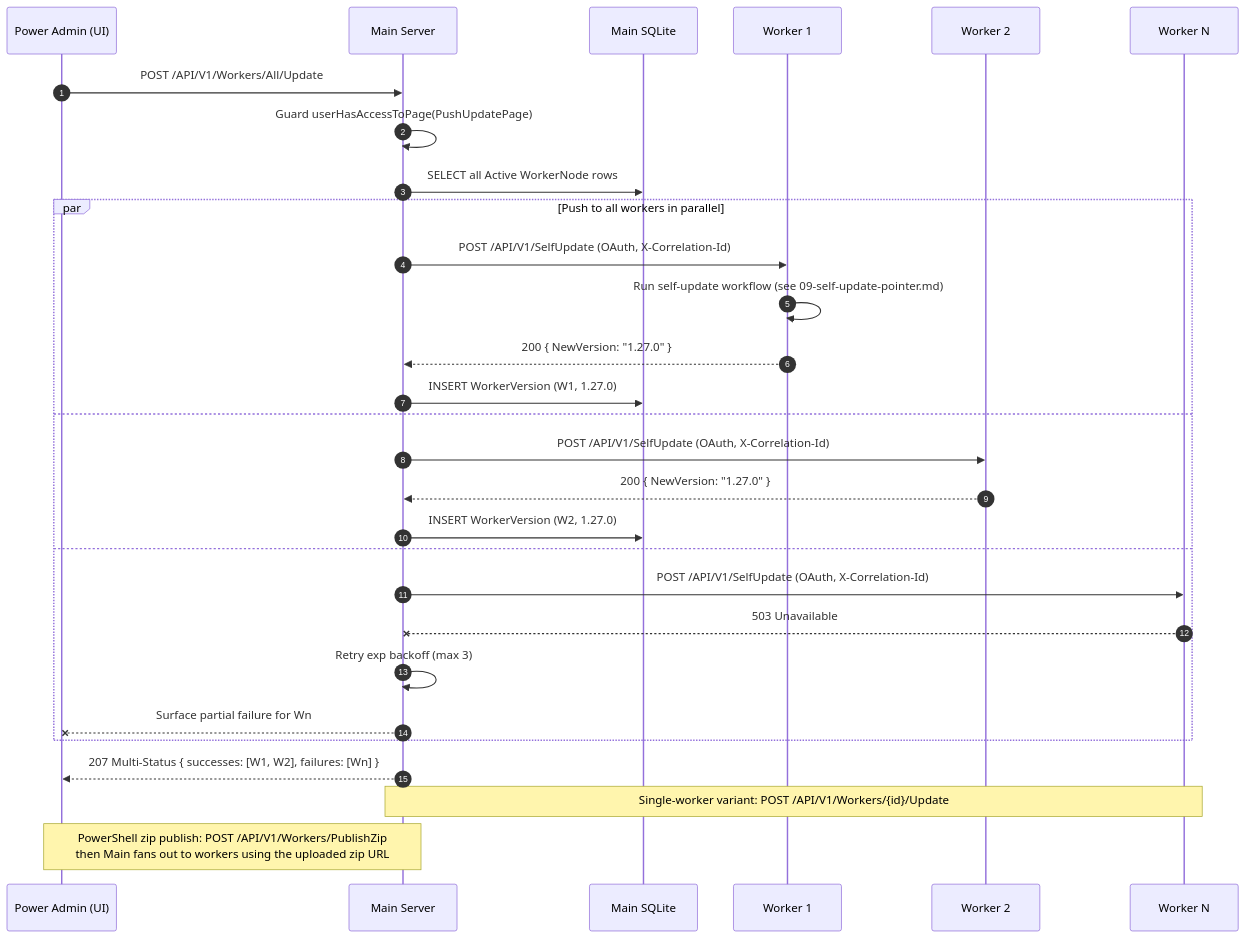
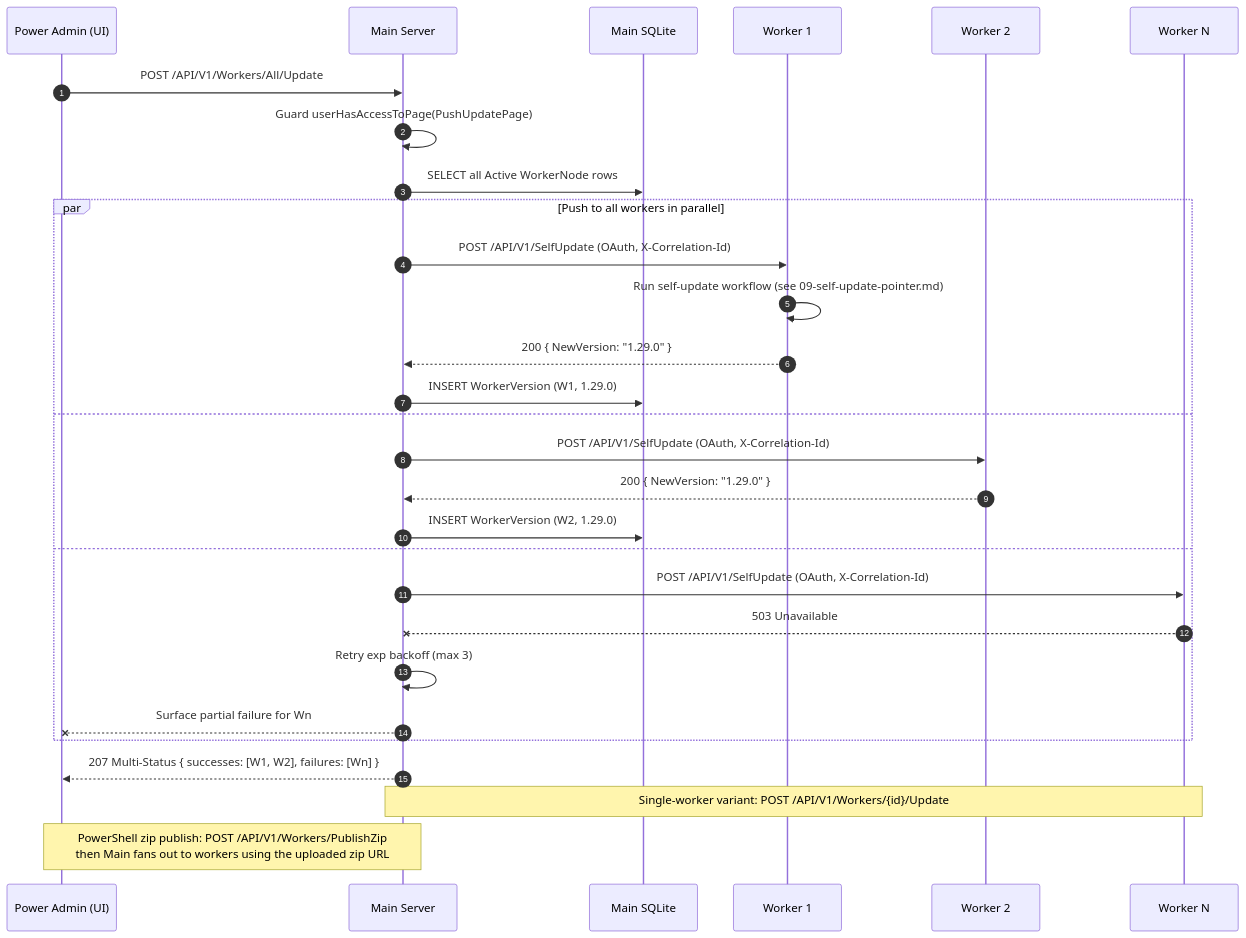
One commit to alimtvnetwork/prompt-architect-v2 changed the diagram in spec/19-main-worker-service/diagrams/seq-push-update.mmd. Above: the diagram before and after it, drawn with Mermaid. The commit also changed 13 other files, not shown here.

```diff
--- a/spec/19-main-worker-service/diagrams/seq-push-update.mmd
+++ b/spec/19-main-worker-service/diagrams/seq-push-update.mmd
@@ -1,43 +1,43 @@
 %% ==========================================================
 %% NON-AUTHORITATIVE PROJECTION
 %% ==========================================================
 %% Subject:        Power-Admin push-update fan-out
 %% Authoritative:  spec/14-update/28-worker-push-instruction.md + spec/19/15-tunable-constants.md
 %% Status:         Illustrative only. If this diagram disagrees
 %%                 with the authoritative spec(s) above, the
 %%                 spec wins and this file is the bug.
 %% Banner version: 1.0.0 (2026-05-04, audit fix #9)
 %% ==========================================================
 sequenceDiagram
     autonumber
     participant Admin as Power Admin (UI)
     participant Main as Main Server
     participant DB as Main SQLite
     participant W1 as Worker 1
     participant W2 as Worker 2
     participant Wn as Worker N
 
     Admin->>Main: POST /API/V1/Workers/All/Update
     Main->>Main: Guard userHasAccessToPage(PushUpdatePage)
     Main->>DB: SELECT all Active WorkerNode rows
 
     par Push to all workers in parallel
         Main->>W1: POST /API/V1/SelfUpdate (OAuth, X-Correlation-Id)
         W1->>W1: Run self-update workflow (see 09-self-update-pointer.md)
-        W1-->>Main: 200 { NewVersion: "1.27.0" }
-        Main->>DB: INSERT WorkerVersion (W1, 1.27.0)
+        W1-->>Main: 200 { NewVersion: "1.29.0" }
+        Main->>DB: INSERT WorkerVersion (W1, 1.29.0)
     and
         Main->>W2: POST /API/V1/SelfUpdate (OAuth, X-Correlation-Id)
-        W2-->>Main: 200 { NewVersion: "1.27.0" }
-        Main->>DB: INSERT WorkerVersion (W2, 1.27.0)
+        W2-->>Main: 200 { NewVersion: "1.29.0" }
+        Main->>DB: INSERT WorkerVersion (W2, 1.29.0)
     and
         Main->>Wn: POST /API/V1/SelfUpdate (OAuth, X-Correlation-Id)
         Wn--xMain: 503 Unavailable
         Main->>Main: Retry exp backoff (max 3)
         Main--xAdmin: Surface partial failure for Wn
     end
 
     Main-->>Admin: 207 Multi-Status { successes: [W1, W2], failures: [Wn] }
 
     Note over Main,Wn: Single-worker variant: POST /API/V1/Workers/{id}/Update
     Note over Admin,Main: PowerShell zip publish: POST /API/V1/Workers/PublishZip<br/>then Main fans out to workers using the uploaded zip URL
```
